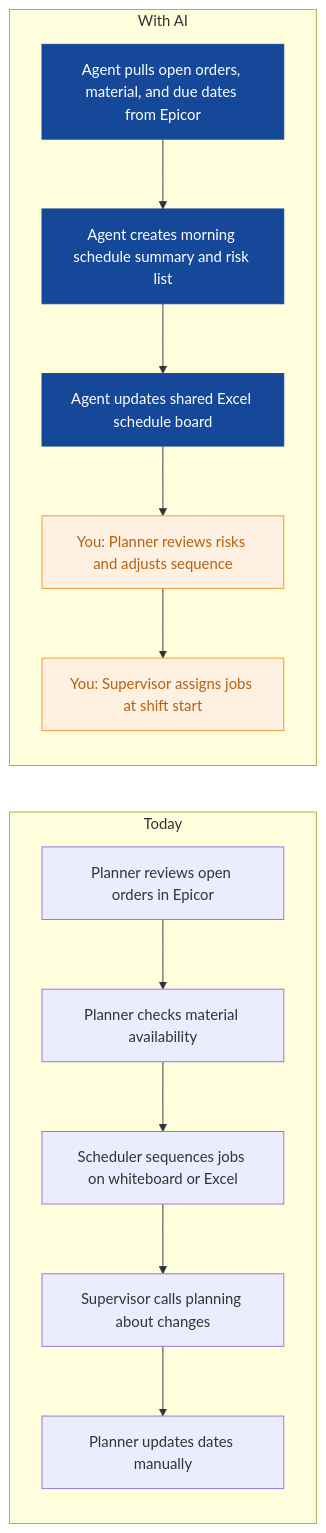
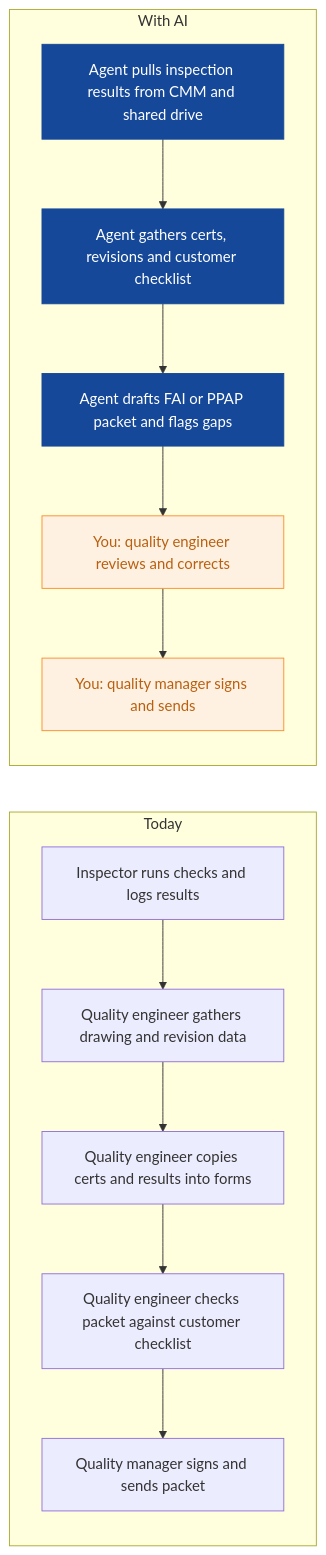
Before and after one commit to nexibeo/Complete-AI-Strategy: the second of 9 diagrams in strategies/ironleaf-manufacturing.md, drawn with Mermaid. The commit also changed other lines of this file and 26 other files, not shown here.

````diff
--- a/strategies/ironleaf-manufacturing.md
+++ b/strategies/ironleaf-manufacturing.md
@@ -79,23 +83,23 @@
 ```mermaid
 flowchart LR
   subgraph Today
-    B0["Planner reviews open orders in Epicor"]
-    B1["Planner checks material availability"]
-    B2["Scheduler sequences jobs on whiteboard or Excel"]
-    B3["Supervisor calls planning about changes"]
-    B4["Planner updates dates manually"]
+    B0["Inspector runs checks and logs results"]
+    B1["Quality engineer gathers drawing and revision data"]
+    B2["Quality engineer copies certs and results into forms"]
+    B3["Quality engineer checks packet against customer checklist"]
+    B4["Quality manager signs and sends packet"]
     B0 --> B1 --> B2 --> B3 --> B4
   end
   subgraph WithAI[With AI]
-    A0["Agent pulls open orders, material, and due dates from Epicor"]
-    A1["Agent creates morning schedule summary and risk list"]
-    A2["Agent updates shared Excel schedule board"]
-    A3["You: Planner reviews risks and adjusts sequence"]
-    A4["You: Supervisor assigns jobs at shift start"]
+    A0["Agent pulls inspection results from CMM and shared drive"]
+    A1["Agent gathers certs, revisions and customer checklist"]
+    A2["Agent drafts FAI or PPAP packet and flags gaps"]
+    A3["You: quality engineer reviews and corrects"]
+    A4["You: quality manager signs and sends"]
     A0 --> A1 --> A2 --> A3 --> A4
   end
   classDef ai fill:#154899,color:#fff,stroke:#154899
   classDef human fill:#FFF1E2,color:#B8600F,stroke:#F98F2C
   class A0,A1,A2 ai
   class A3,A4 human
 ```
````
